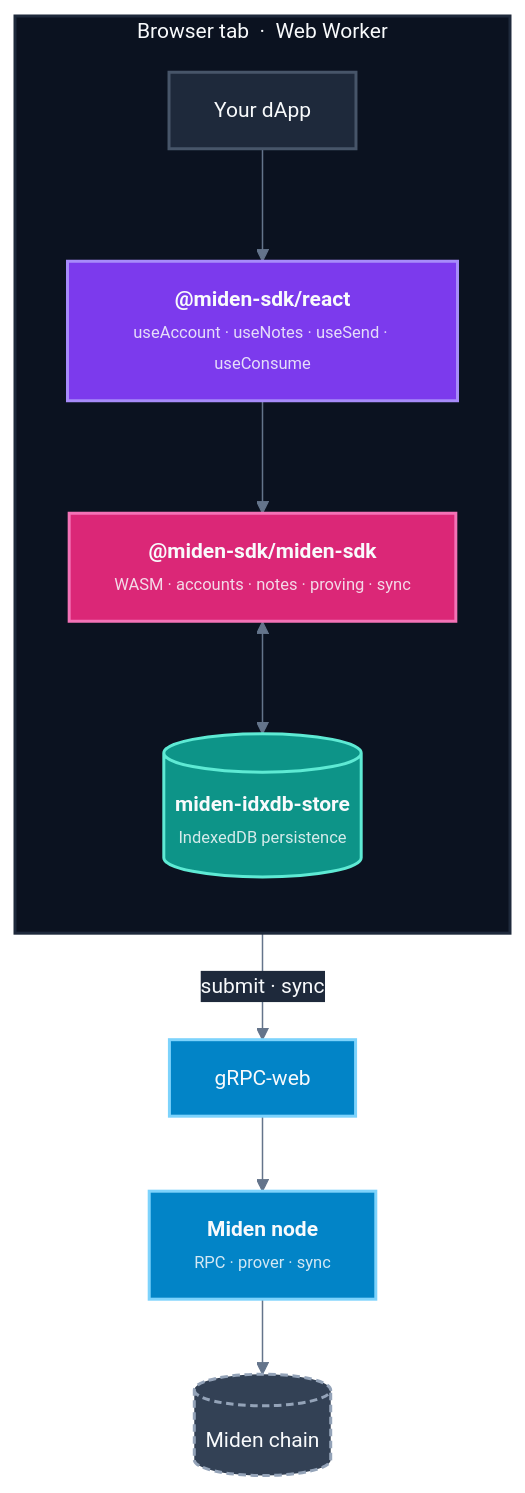
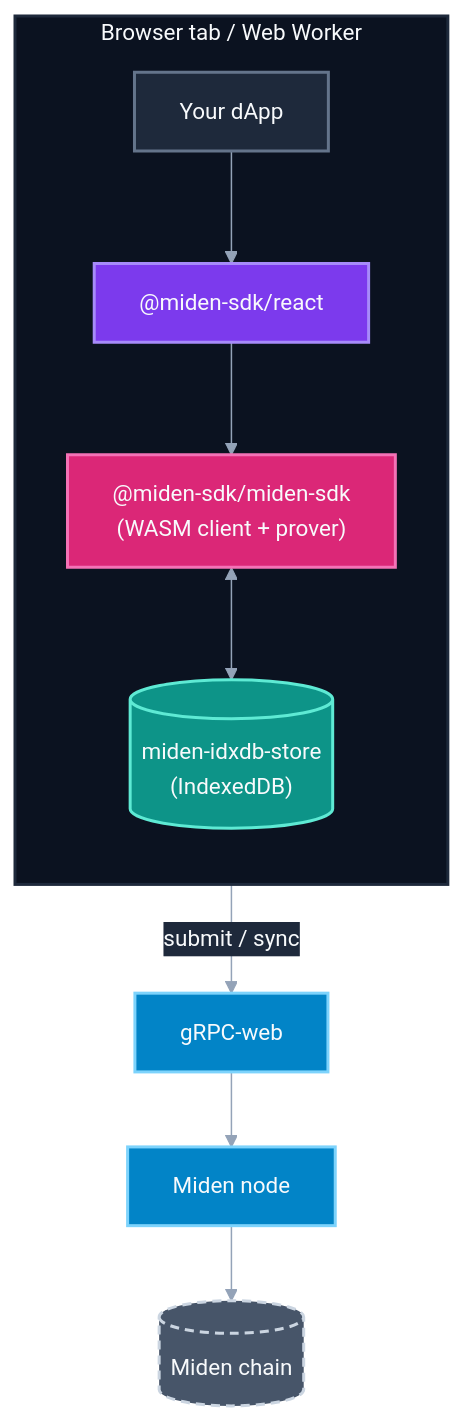
One commit to 0xMiden/web-sdk changed the diagram in README.md. Above: the diagram before and after it, drawn with Mermaid.

Commit message:
fix(readme): mermaid diagram label cut-off — strip inline span styling (#8)
GitHub's mermaid sanitizer doesn't honor the inline <span style='...'>
font-size+opacity tags I used in the previous version, so the
secondary descriptions rendered at default font size and overflowed
node bounds (the cut-off the user reported).

Fixes:
  - Drop all <span style='...'> hooks. Mermaid only reliably renders
    a small subset of HTML in node labels (<br/>, <b>, <i>); inline
    styles are stripped or ignored on GitHub.
  - Replace the · separators in the Browser subgraph title with a
    plain '/' so it doesn't depend on &nbsp; literals rendering.
  - Trim secondary descriptions to one short parenthesised line per
    node (or drop them entirely). Width matches the longest line, so
    short labels = no overflow.
  - Slightly lighter chain stroke so the dashed border reads better
    on white backgrounds too.

Net: same color palette and layout, just labels that fit.

````diff
--- a/README.md
+++ b/README.md
@@ -127,41 +127,40 @@
 ```mermaid
 %%{init: {'theme':'base', 'themeVariables': {
-  'primaryColor':'#0f172a',
+  'primaryColor':'#1e293b',
   'primaryTextColor':'#f8fafc',
-  'primaryBorderColor':'#334155',
-  'lineColor':'#64748b',
+  'primaryBorderColor':'#475569',
+  'lineColor':'#94a3b8',
   'secondaryColor':'#1e293b',
   'tertiaryColor':'#0b1220',
-  'fontFamily':'-apple-system, BlinkMacSystemFont, Segoe UI, Roboto, Helvetica, Arial, sans-serif',
-  'fontSize':'14px'
+  'fontSize':'15px'
 }}}%%
 flowchart TB
-  classDef app      fill:#1e293b,stroke:#475569,stroke-width:2px,color:#f8fafc
+  classDef app      fill:#1e293b,stroke:#64748b,stroke-width:2px,color:#f8fafc
   classDef hooks    fill:#7c3aed,stroke:#a78bfa,stroke-width:2px,color:#f8fafc
   classDef wasm     fill:#db2777,stroke:#f472b6,stroke-width:2px,color:#f8fafc
   classDef store    fill:#0d9488,stroke:#5eead4,stroke-width:2px,color:#f8fafc
   classDef network  fill:#0284c7,stroke:#7dd3fc,stroke-width:2px,color:#f8fafc
-  classDef chain    fill:#334155,stroke:#94a3b8,stroke-width:2px,color:#f8fafc,stroke-dasharray:5 3
+  classDef chain    fill:#475569,stroke:#cbd5e1,stroke-width:2px,color:#f8fafc,stroke-dasharray:6 4
 
-  subgraph Browser[" Browser tab &nbsp;·&nbsp; Web Worker "]
+  subgraph Browser["Browser tab / Web Worker"]
     direction TB
     App["Your dApp"]:::app
-    ReactSDK["<b>@miden-sdk/react</b><br/><span style='font-size:11px;opacity:0.85'>useAccount · useNotes · useSend · useConsume</span>"]:::hooks
-    WasmSDK["<b>@miden-sdk/miden-sdk</b><br/><span style='font-size:11px;opacity:0.85'>WASM · accounts · notes · proving · sync</span>"]:::wasm
-    IDB[("<b>miden-idxdb-store</b><br/><span style='font-size:11px;opacity:0.85'>IndexedDB persistence</span>")]:::store
+    ReactSDK["@miden-sdk/react"]:::hooks
+    WasmSDK["@miden-sdk/miden-sdk<br/>(WASM client + prover)"]:::wasm
+    IDB[("miden-idxdb-store<br/>(IndexedDB)")]:::store
 
     App --> ReactSDK
     ReactSDK --> WasmSDK
     WasmSDK <--> IDB
   end
 
   RPC["gRPC-web"]:::network
-  Node["<b>Miden node</b><br/><span style='font-size:11px;opacity:0.85'>RPC · prover · sync</span>"]:::network
+  Node["Miden node"]:::network
   Chain[("Miden chain")]:::chain
 
-  WasmSDK -- "submit · sync" --> RPC
+  WasmSDK -- "submit / sync" --> RPC
   RPC --> Node
   Node --> Chain
 
   style Browser fill:#0b1220,stroke:#1e293b,stroke-width:2px,color:#f8fafc
 ```
````
